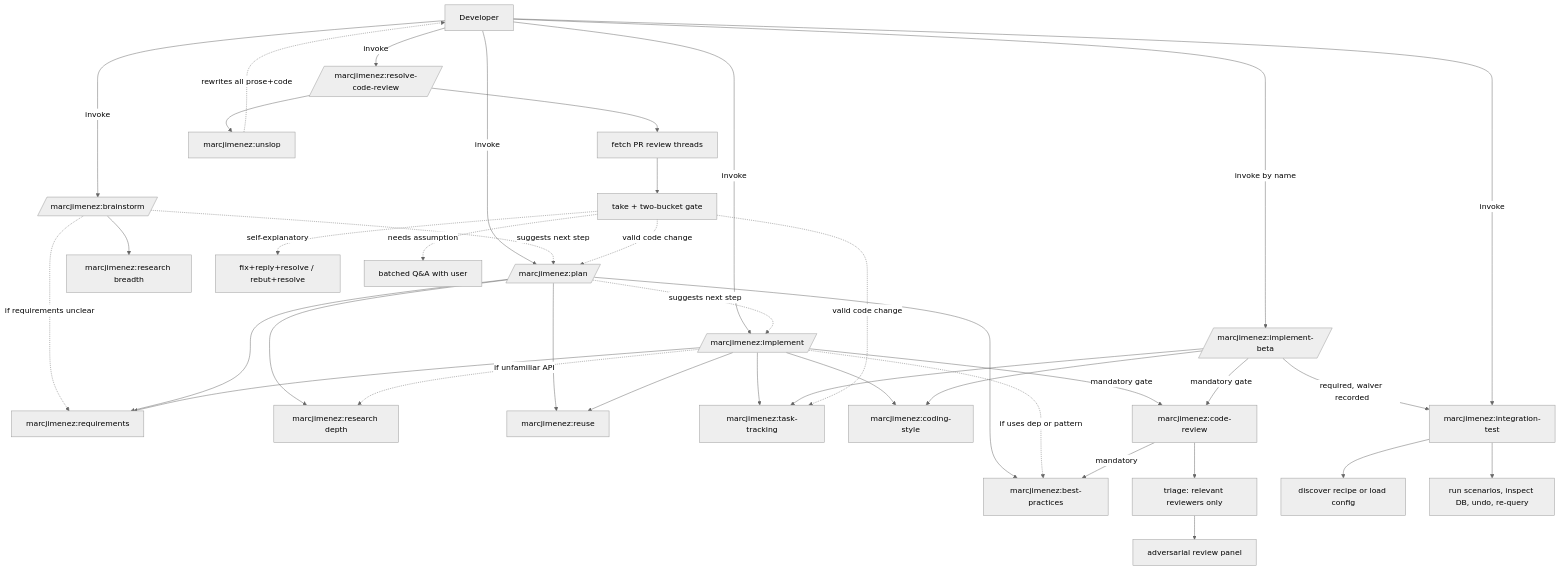
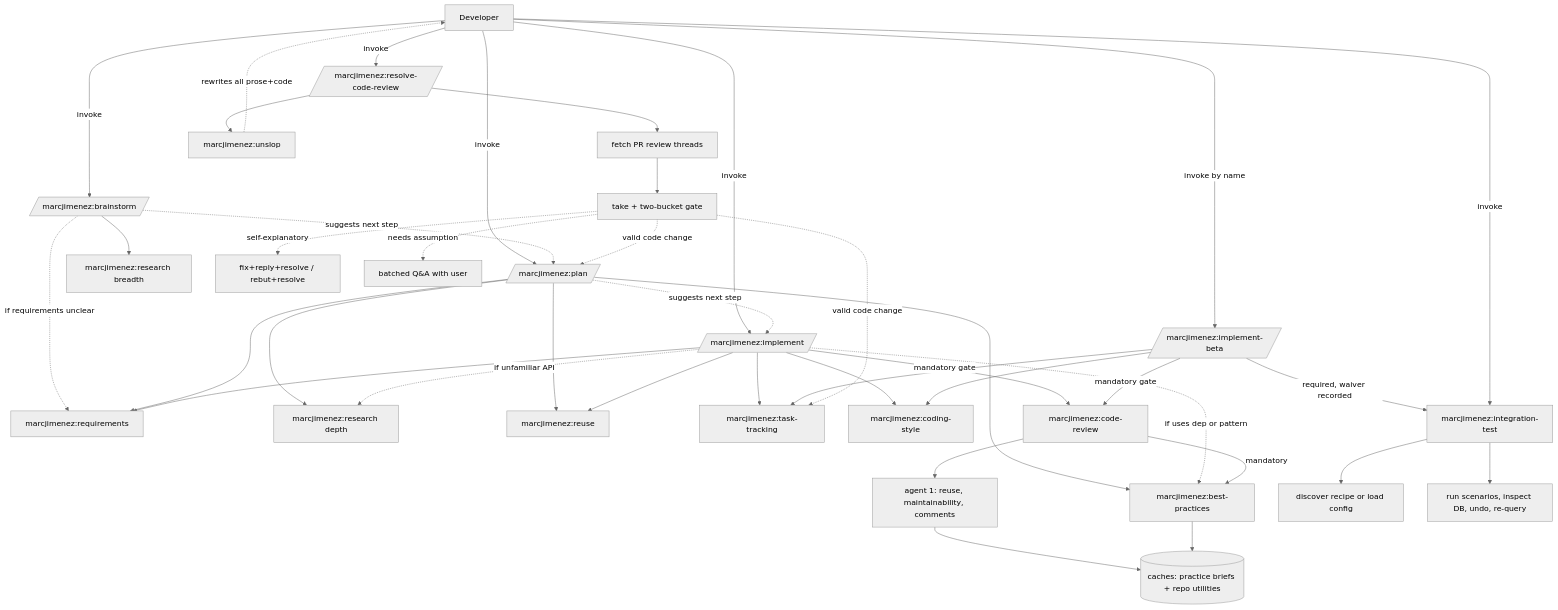
The diagram in README.md (marcjimenez/skills), drawn with Mermaid (neutral theme) before and after one commit. The commit also changed other lines of this file and 12 other files, not shown here.

````diff
--- a/README.md
+++ b/README.md
@@ -54,41 +54,42 @@
 ```mermaid
 flowchart TD
     U[Developer] -->|invoke| BR[/marcjimenez:brainstorm/]
     U -->|invoke| PL[/marcjimenez:plan/]
     U -->|invoke| IM[/marcjimenez:implement/]
     BR --> RS[marcjimenez:research breadth]
     BR -.if requirements unclear.-> RQ
     BR -.suggests next step.-> PL
     PL --> RQ[marcjimenez:requirements]
     PL --> RSD[marcjimenez:research depth]
     PL --> RU[marcjimenez:reuse]
     PL --> BP[marcjimenez:best-practices]
     PL -.suggests next step.-> IM
     IM --> RQ
     IM --> TT[marcjimenez:task-tracking]
     IM --> RU
     IM --> CS[marcjimenez:coding-style]
     IM -.if unfamiliar API.-> RSD
     IM -.if uses dep or pattern.-> BP
     IM -->|mandatory gate| CR[marcjimenez:code-review]
-    CR --> TRI[triage: relevant reviewers only]
+    CR --> UA[agent 1: reuse, maintainability, comments]
     CR -->|mandatory| BP
-    TRI --> REV[adversarial review panel]
+    UA --> CA[(caches: practice briefs + repo utilities)]
+    BP --> CA
     U -->|invoke by name| IMB[/marcjimenez:implement-beta/]
     IMB --> TT
     IMB --> CS
     IMB -->|required, waiver recorded| IT[marcjimenez:integration-test]
     IT --> ITD[discover recipe or load config]
     IT --> ITR[run scenarios, inspect DB, undo, re-query]
     IMB -->|mandatory gate| CR
     U -->|invoke| IT
     U -->|invoke| RCR[/marcjimenez:resolve-code-review/]
     RCR --> RCRF[fetch PR review threads]
     RCRF --> RCRT[take + two-bucket gate]
     RCRT -.self-explanatory.-> RCRA[fix+reply+resolve / rebut+resolve]
     RCRT -.needs assumption.-> RCRQ[batched Q&A with user]
     RCRT -.valid code change.-> TT
     RCR --> US[marcjimenez:unslop]
     RCRT -.valid code change.-> PL
     US -.rewrites all prose+code.-> U
 ```
````
